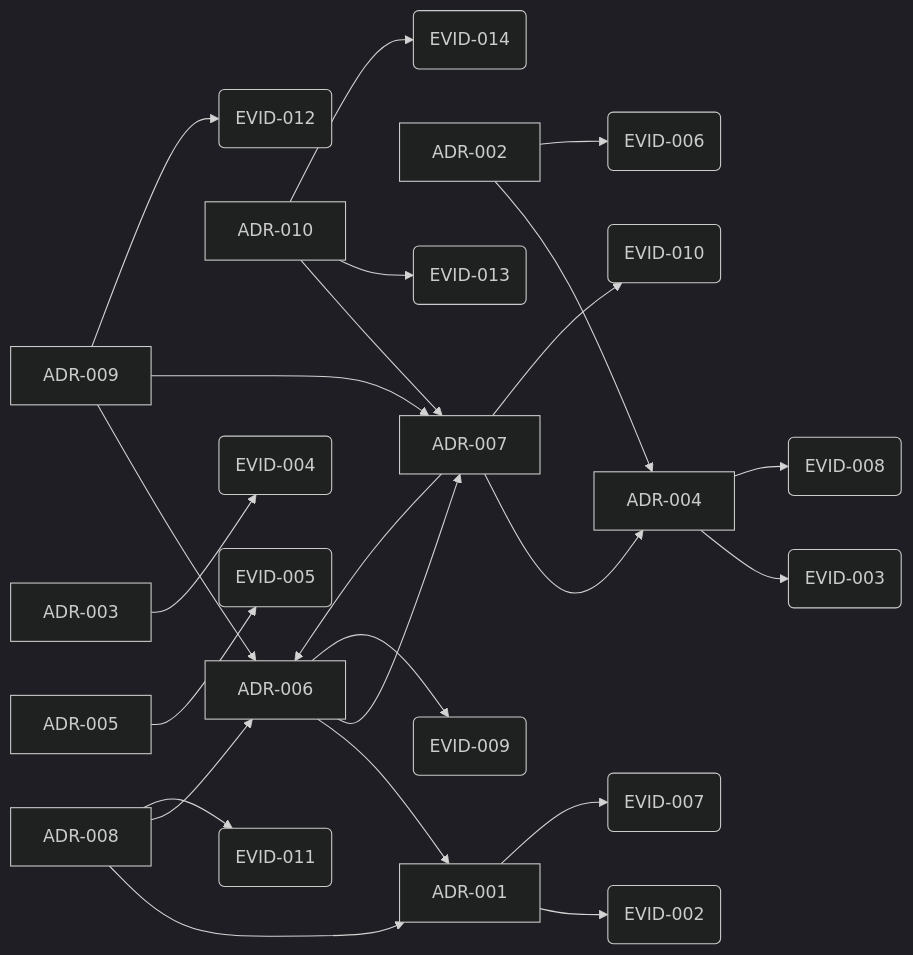
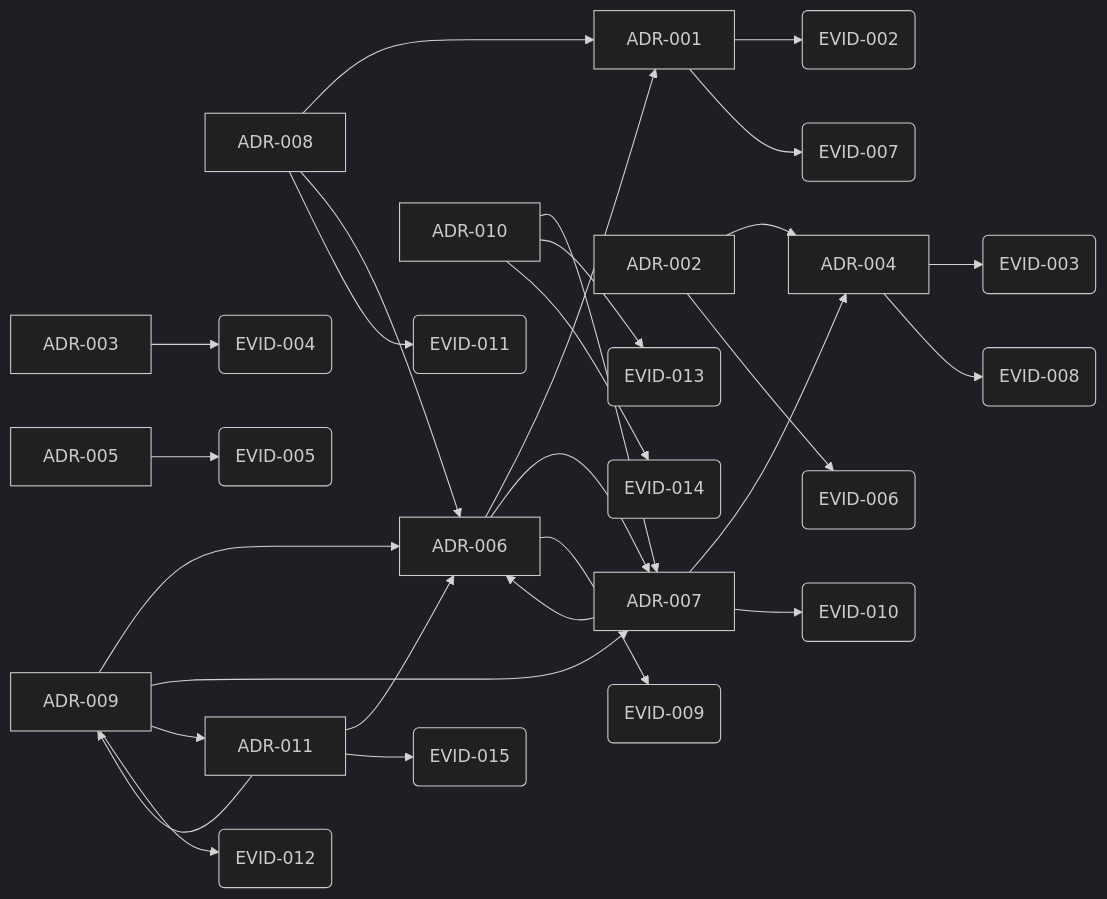
The diagram in GRAPH.md (TeramachiShunsuke/aidd), drawn with Mermaid (dark theme) before and after one commit. The commit also changed other lines of this file and 5 other files, not shown here.

````diff
--- a/GRAPH.md
+++ b/GRAPH.md
@@ -35,49 +35,55 @@
 ```mermaid
 graph LR
   ADR_001[ADR-001]
   ADR_002[ADR-002]
   ADR_003[ADR-003]
   ADR_004[ADR-004]
   ADR_005[ADR-005]
   ADR_006[ADR-006]
   ADR_007[ADR-007]
   ADR_008[ADR-008]
   ADR_009[ADR-009]
   ADR_010[ADR-010]
+  ADR_011[ADR-011]
   EVID_002(EVID-002)
   EVID_003(EVID-003)
   EVID_004(EVID-004)
   EVID_005(EVID-005)
   EVID_006(EVID-006)
   EVID_007(EVID-007)
   EVID_008(EVID-008)
   EVID_009(EVID-009)
   EVID_010(EVID-010)
   EVID_011(EVID-011)
   EVID_012(EVID-012)
   EVID_013(EVID-013)
   EVID_014(EVID-014)
+  EVID_015(EVID-015)
   ADR_001 --> EVID_002
   ADR_001 --> EVID_007
   ADR_002 --> ADR_004
   ADR_002 --> EVID_006
   ADR_003 --> EVID_004
   ADR_004 --> EVID_003
   ADR_004 --> EVID_008
   ADR_005 --> EVID_005
   ADR_006 --> ADR_001
   ADR_006 --> ADR_007
   ADR_006 --> EVID_009
   ADR_007 --> ADR_004
   ADR_007 --> ADR_006
   ADR_007 --> EVID_010
   ADR_008 --> ADR_001
   ADR_008 --> ADR_006
   ADR_008 --> EVID_011
   ADR_009 --> ADR_006
   ADR_009 --> ADR_007
+  ADR_009 --> ADR_011
   ADR_009 --> EVID_012
   ADR_010 --> ADR_007
   ADR_010 --> EVID_013
   ADR_010 --> EVID_014
+  ADR_011 --> ADR_006
+  ADR_011 --> ADR_009
+  ADR_011 --> EVID_015
 ```
````
